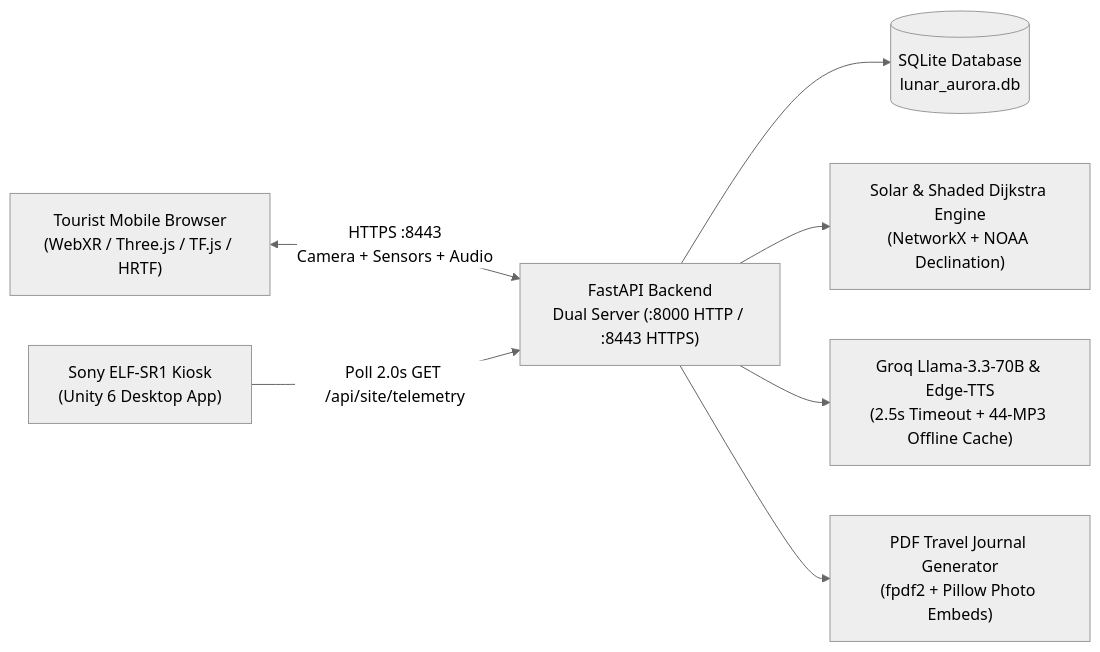
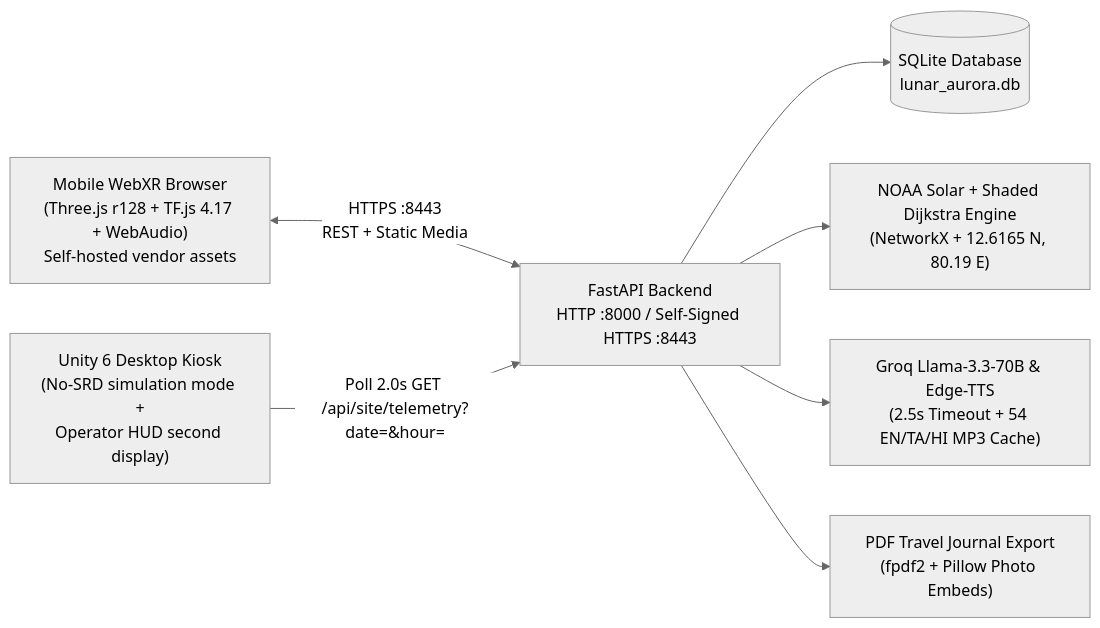
The diagram in docs/architecture.md (Rohitbapu/Lunar-Aurora), drawn with Mermaid (neutral theme) before and after one commit. The commit also changed other lines of this file and 6 other files, not shown here.

````diff
--- a/docs/architecture.md
+++ b/docs/architecture.md
@@ -7,9 +7,9 @@
 ```mermaid
 flowchart LR
-    V["Tourist Mobile Browser<br/>(WebXR / Three.js / TF.js / HRTF)"] <-->|"HTTPS :8443<br/>Camera + Sensors + Audio"| API["FastAPI Backend<br/>Dual Server (:8000 HTTP / :8443 HTTPS)"]
-    K["Sony ELF-SR1 Kiosk<br/>(Unity 6 Desktop App)"] -->|"Poll 2.0s GET /api/site/telemetry"| API
+    V["Mobile WebXR Browser<br/>(Three.js r128 + TF.js 4.17 + WebAudio)<br/>Self-hosted vendor assets"] <-->|"HTTPS :8443<br/>REST + Static Media"| API["FastAPI Backend<br/>HTTP :8000 / Self-Signed HTTPS :8443"]
+    K["Unity 6 Desktop Kiosk<br/>(No-SRD simulation mode +<br/>Operator HUD second display)"] -->|"Poll 2.0s GET /api/site/telemetry?date=&hour="| API
     API --> DB[("SQLite Database<br/>lunar_aurora.db")]
-    API --> SOLAR["Solar & Shaded Dijkstra Engine<br/>(NetworkX + NOAA Declination)"]
-    API --> AI["Groq Llama-3.3-70B & Edge-TTS<br/>(2.5s Timeout + 44-MP3 Offline Cache)"]
-    API --> PDF["PDF Travel Journal Generator<br/>(fpdf2 + Pillow Photo Embeds)"]
+    API --> SOLAR["NOAA Solar + Shaded Dijkstra Engine<br/>(NetworkX + 12.6165 N, 80.19 E)"]
+    API --> AI["Groq Llama-3.3-70B & Edge-TTS<br/>(2.5s Timeout + 54 EN/TA/HI MP3 Cache)"]
+    API --> PDF["PDF Travel Journal Export<br/>(fpdf2 + Pillow Photo Embeds)"]
 ```
````
